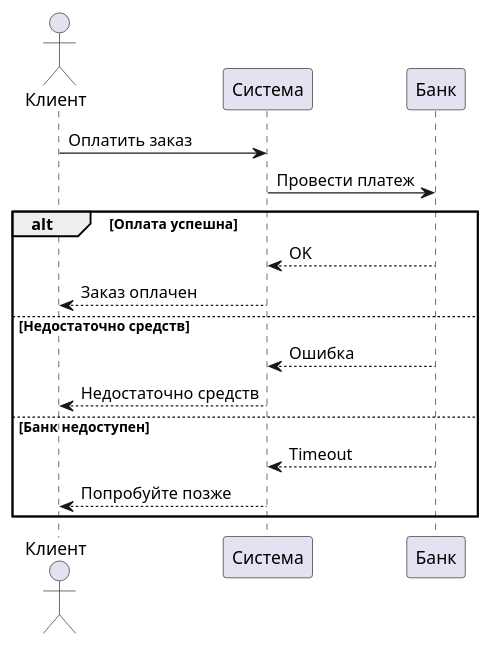
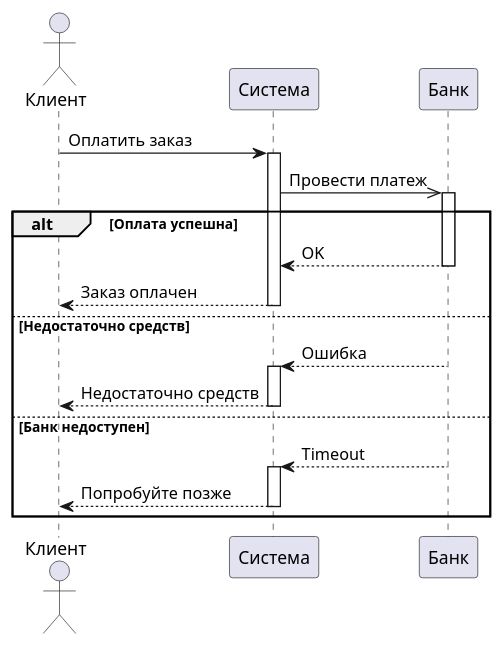
Before and after one commit to AdamantAlan/myeduproj: the diagram in UML/Sequence/seq_alt.puml, drawn with PlantUML. The commit also changed 2 other files, not shown here.

```diff
--- a/UML/Sequence/seq_alt.puml
+++ b/UML/Sequence/seq_alt.puml
@@ -1,20 +1,20 @@
 @startuml
 actor Клиент
 participant Система
 participant Банк
 
-Клиент -> Система : Оплатить заказ
-Система -> Банк : Провести платеж
+Клиент -> Система ++: Оплатить заказ
+Система ->> Банк ++: Провести платеж
 
 alt Оплата успешна
-    Банк --> Система : OK
-    Система --> Клиент : Заказ оплачен
+    Банк --> Система --: OK
+    Система --> Клиент --: Заказ оплачен
 else Недостаточно средств
-    Банк --> Система : Ошибка
-    Система --> Клиент : Недостаточно средств
+    Банк --> Система ++: Ошибка
+    Система --> Клиент --: Недостаточно средств
 else Банк недоступен
-    Банк --> Система : Timeout
-    Система --> Клиент : Попробуйте позже
+    Банк --> Система ++: Timeout
+    Система --> Клиент --: Попробуйте позже
 end
 
 @enduml
```
